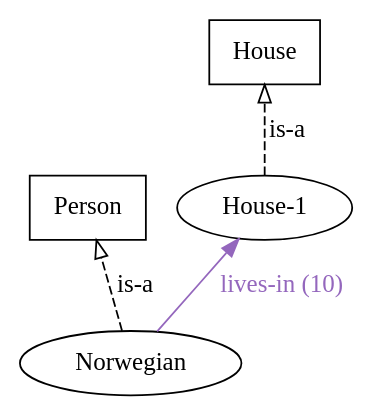
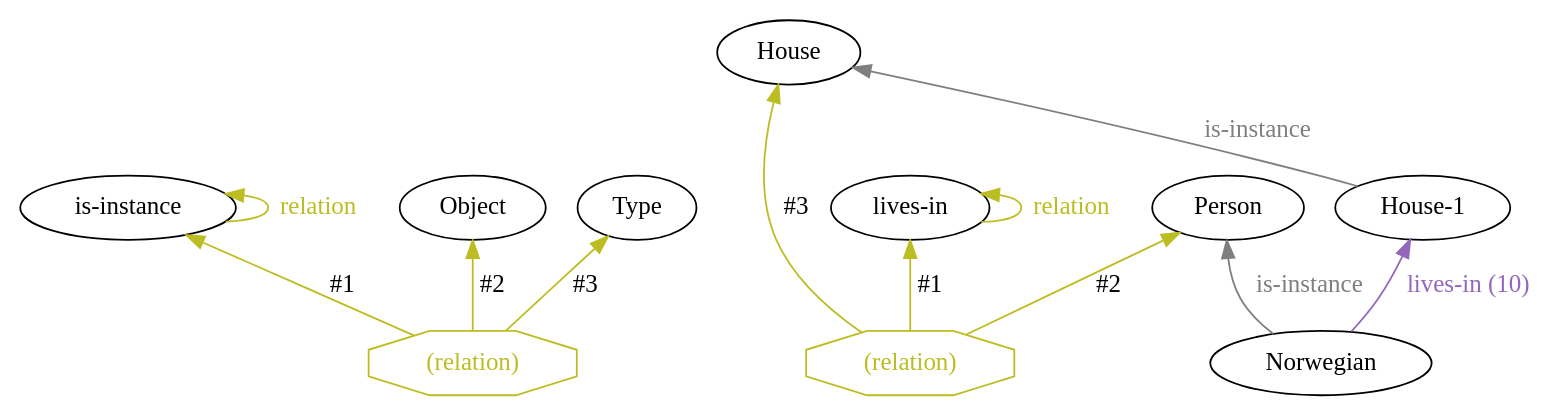
The first of 4 diagrams in docs/ein/user/03-syntax-and-semantics/01-objects.md (agutikov/ein), drawn with Graphviz before and after one commit. The commit also changed other lines of this file and 3 other files, not shown here.

Commit message:
S1f.20.10 lane C1, objects, relations, facts, ontology: no types (a declaration's slot names are labels, the declaration almost an ordinary fact, a rule that gives labels a meaning, drawn and run), the four representations of one example a page, formulas as TeX, each rule shown drawn by the engine.

````diff
--- a/docs/ein/user/03-syntax-and-semantics/01-objects.md
+++ b/docs/ein/user/03-syntax-and-semantics/01-objects.md
@@ -52,16 +57,18 @@
 ```dot
 digraph kb {
   rankdir=BT;
-  // types
-  "House" [shape=box, label="House"];
-  "Person" [shape=box, label="Person"];
-  // instances
-  "House-1" [shape=oval, label="House-1"];
-  "Norwegian" [shape=oval, label="Norwegian"];
-
-  // facts
-  "Norwegian" -> "Person" [style=dashed, arrowhead=empty, label="is-a"];
-  "House-1" -> "House" [style=dashed, arrowhead=empty, label="is-a"];
+  f_d3022860ca [shape=octagon, label="(relation)", color="#bcbd22", fontcolor="#bcbd22", style=solid];
+  f_d3022860ca -> "is-instance" [label="#1", color="#bcbd22", style=solid];
+  f_d3022860ca -> "Object" [label="#2", color="#bcbd22", style=solid];
+  f_d3022860ca -> "Type" [label="#3", color="#bcbd22", style=solid];
+  "is-instance" -> "is-instance" [label="relation", color="#bcbd22", fontcolor="#bcbd22", style=solid];
+  f_37791a66b1 [shape=octagon, label="(relation)", color="#bcbd22", fontcolor="#bcbd22", style=solid];
+  f_37791a66b1 -> "lives-in" [label="#1", color="#bcbd22", style=solid];
+  f_37791a66b1 -> "Person" [label="#2", color="#bcbd22", style=solid];
+  f_37791a66b1 -> "House" [label="#3", color="#bcbd22", style=solid];
+  "lives-in" -> "lives-in" [label="relation", color="#bcbd22", fontcolor="#bcbd22", style=solid];
+  "Norwegian" -> "Person" [label="is-instance", color="#7f7f7f", fontcolor="#7f7f7f", style=solid];
+  "House-1" -> "House" [label="is-instance", color="#7f7f7f", fontcolor="#7f7f7f", style=solid];
   "Norwegian" -> "House-1" [label="lives-in (10)", color="#9467bd", fontcolor="#9467bd", style=solid];
 }
 ```
````
